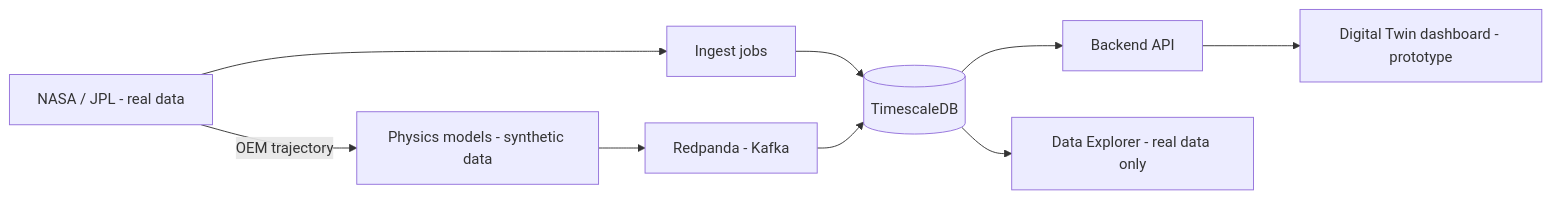
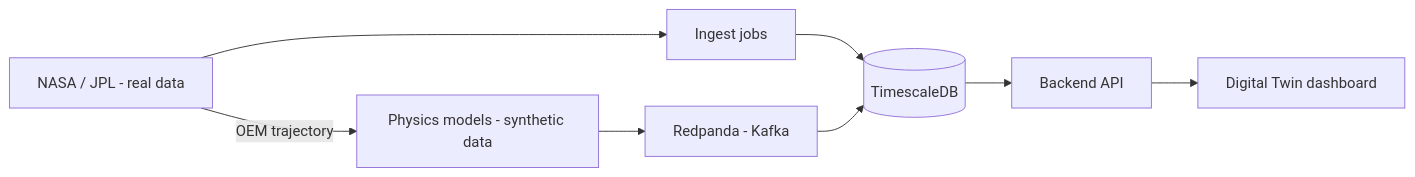
One commit to datatribe-collective-labs/telemetry changed the diagram in README.md. Above: the diagram before and after it, drawn with Mermaid. The commit also changed other lines of this file and 37 other files, not shown here.

Commit message:
chore: retire the Data Explorer, one dashboard (#32) (#40)

````diff
--- a/README.md
+++ b/README.md
@@ -10,20 +10,18 @@
 ```mermaid
 flowchart LR
     NASA["NASA / JPL - real data"]
     Ingest["Ingest jobs"]
     Physics["Physics models - synthetic data"]
     Kafka["Redpanda - Kafka"]
     DB[("TimescaleDB")]
     API["Backend API"]
-    Twin["Digital Twin dashboard - prototype"]
-    Explorer["Data Explorer - real data only"]
+    Twin["Digital Twin dashboard"]
 
     NASA --> Ingest
     Ingest --> DB
     NASA -- OEM trajectory --> Physics
     Physics --> Kafka
     Kafka --> DB
     DB --> API
     API --> Twin
-    DB --> Explorer
 ```
````
